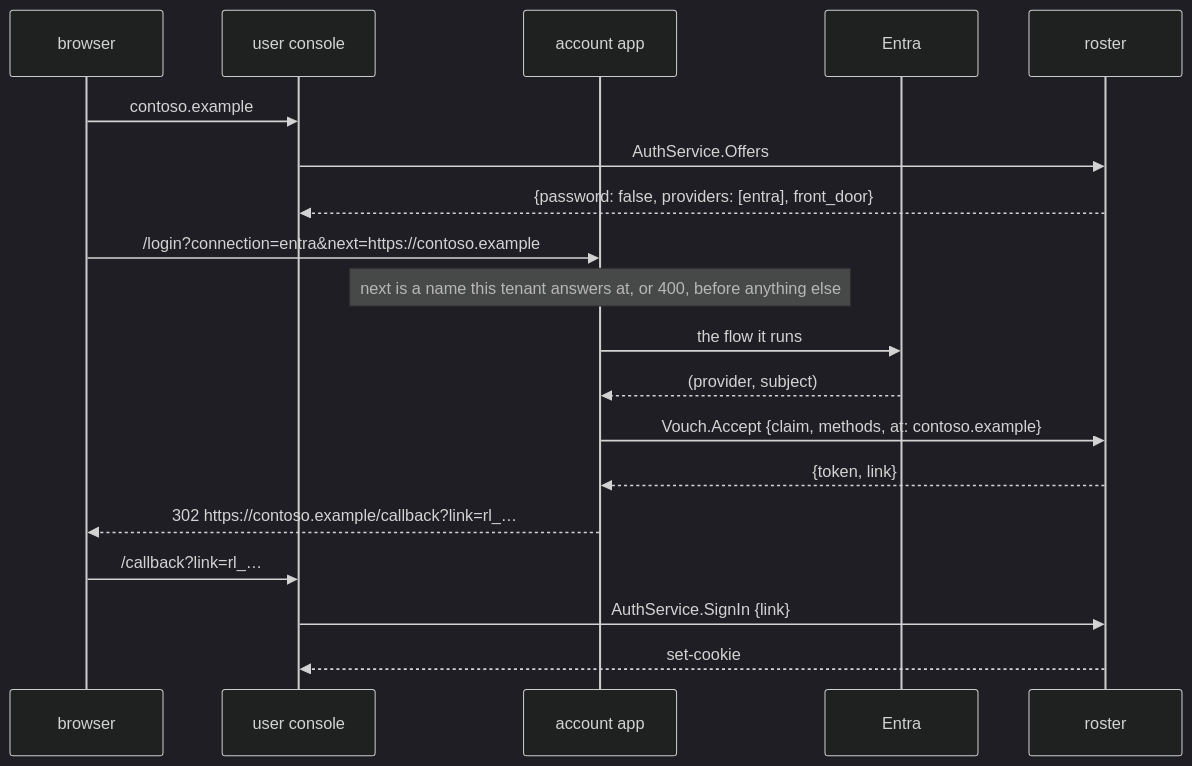
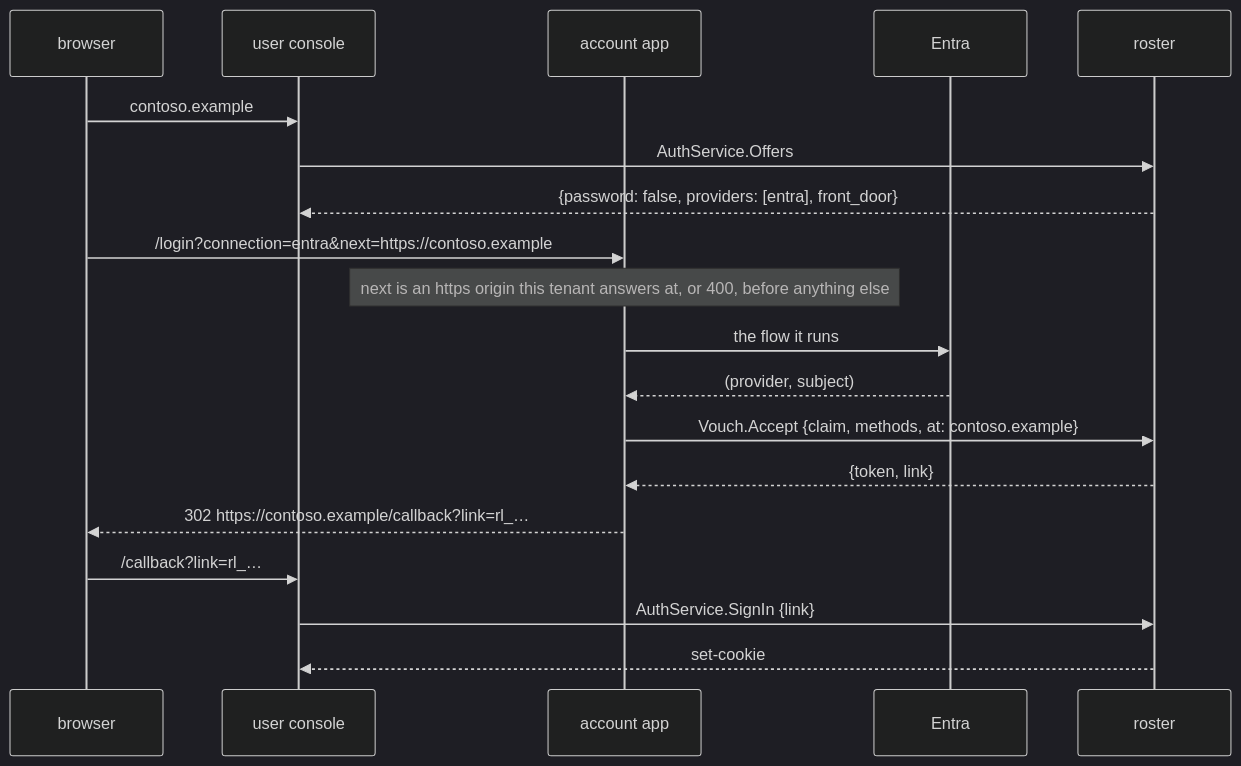
The fifth of 7 diagrams in docs/login.md (lesomnus/roster), drawn with Mermaid (dark theme) before and after one commit. The commit also changed 5 other files, not shown here.

````diff
--- a/docs/login.md
+++ b/docs/login.md
@@ -843,22 +843,22 @@
 ```mermaid
 sequenceDiagram
   participant B as browser
   participant C as user console
   participant F as account app
   participant E as Entra
   participant R as roster
 
   B->>C: contoso.example
   C->>R: AuthService.Offers
   R-->>C: {password: false, providers: [entra], front_door}
   B->>F: /login?connection=entra&next=https://contoso.example
-  Note over F: next is a name this tenant answers at, or 400, before anything else
+  Note over F: next is an https origin this tenant answers at, or 400, before anything else
   F->>E: the flow it runs
   E-->>F: (provider, subject)
   F->>R: Vouch.Accept {claim, methods, at: contoso.example}
   R-->>F: {token, link}
   F-->>B: 302 https://contoso.example/callback?link=rl_…
   B->>C: /callback?link=rl_…
   C->>R: AuthService.SignIn {link}
   R-->>C: set-cookie
 ```
````
